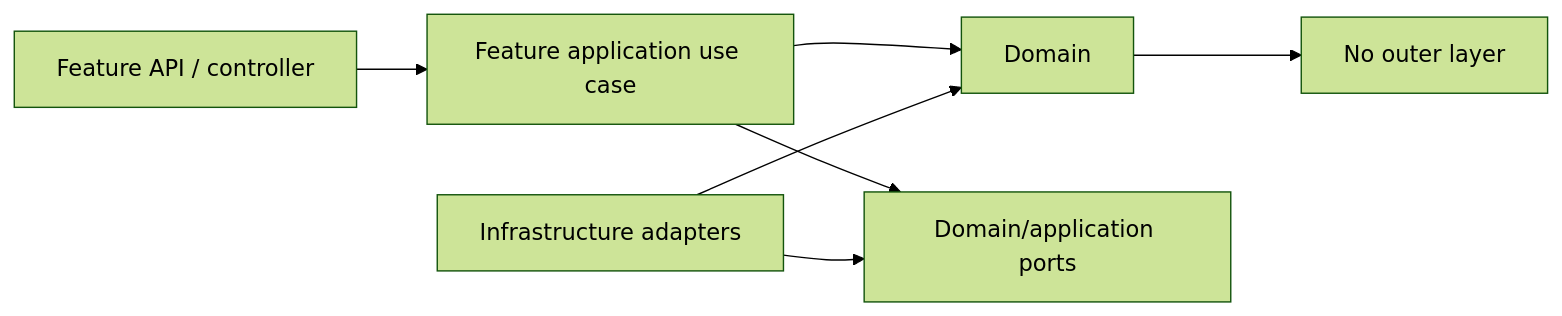
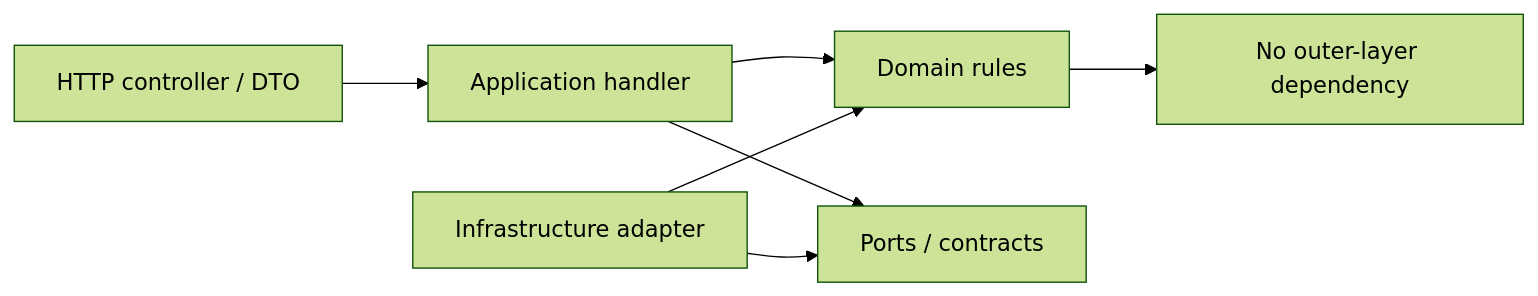
Before and after one commit to shiladityamajumder/healthcare-platform-nest-js: the second of 2 diagrams in docs/ARCHITECTURE.md, drawn with Mermaid (forest theme). The commit also changed other lines of this file and 209 other files, not shown here.

````diff
--- a/docs/ARCHITECTURE.md
+++ b/docs/ARCHITECTURE.md
@@ -36,9 +30,9 @@
 ```mermaid
 flowchart LR
-  API[Feature API / controller] --> APP[Feature application use case]
-  APP --> DOMAIN[Domain]
-  APP --> PORTS[Domain/application ports]
-  INFRA[Infrastructure adapters] --> PORTS
+  HTTP[HTTP controller / DTO] --> APP[Application handler]
+  APP --> DOMAIN[Domain rules]
+  APP --> PORT[Ports / contracts]
+  INFRA[Infrastructure adapter] --> PORT
   INFRA --> DOMAIN
-  DOMAIN --> NOTHING[No outer layer]
+  DOMAIN --> NOTHING[No outer-layer dependency]
 ```
````
